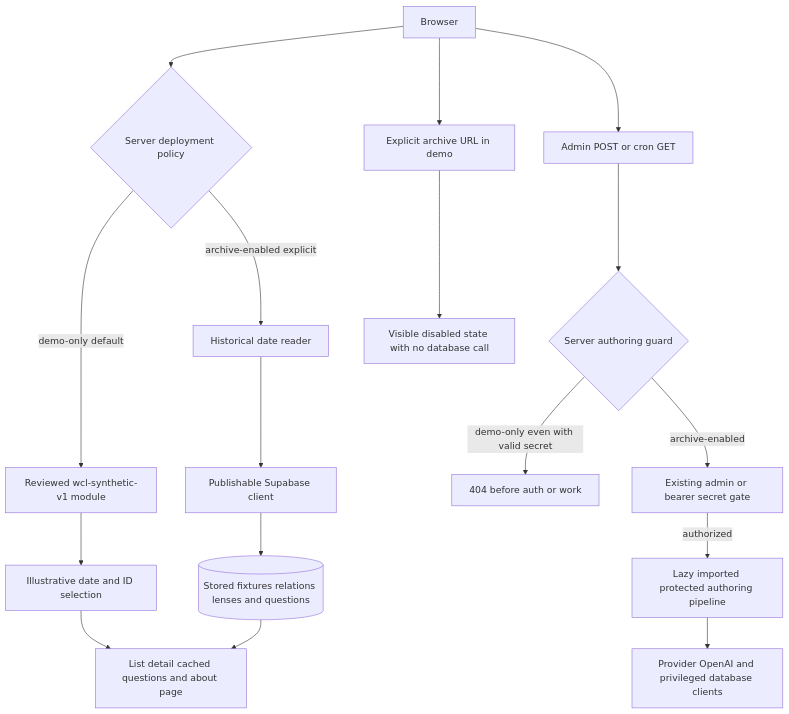
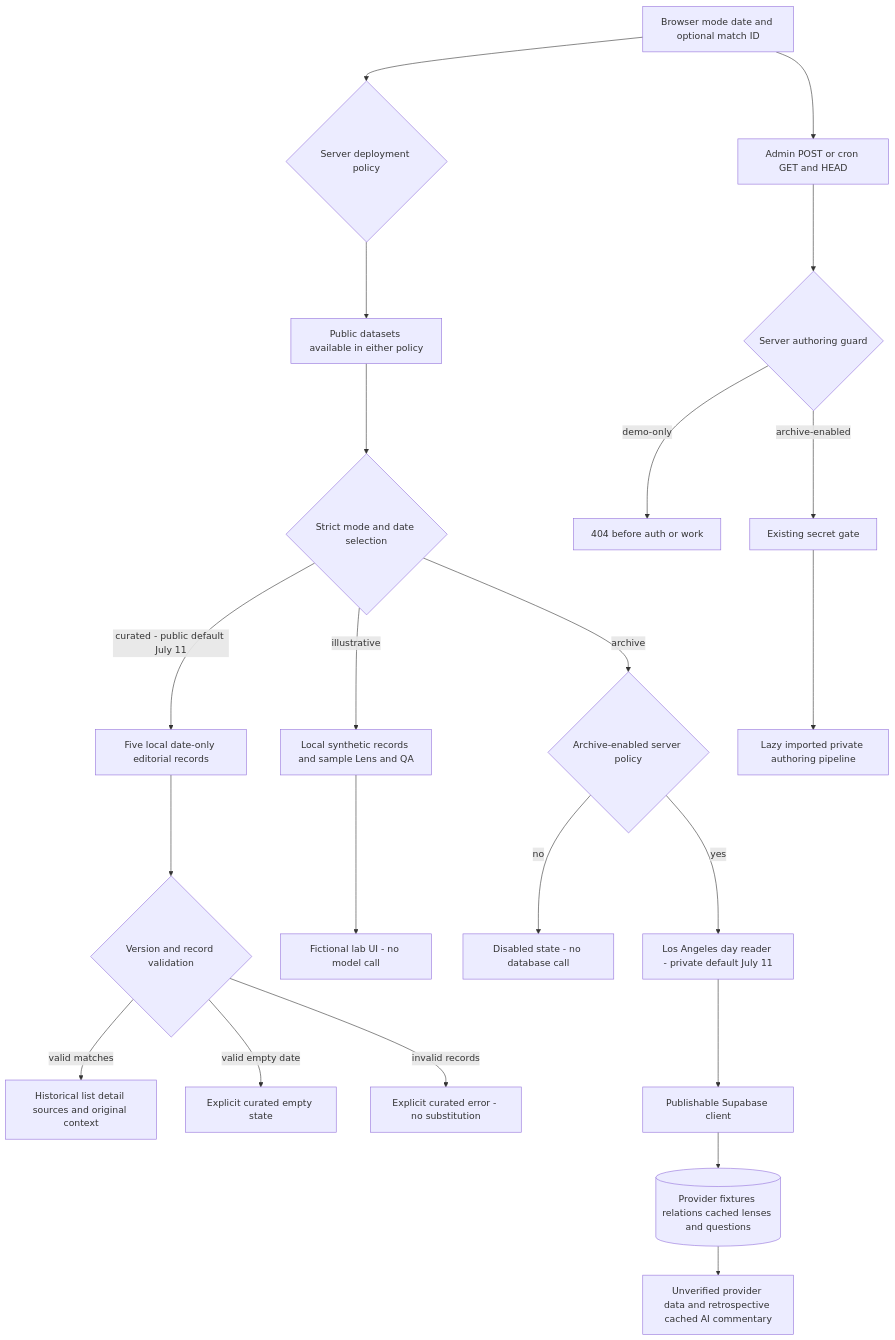
Before and after one commit to jeffreymutethia/world-cup-lens: the first of 2 diagrams in docs/architecture.md, drawn with Mermaid. The commit also changed other lines of this file and 28 other files, not shown here.

Commit message:
Feature five curated World Cup results in public replay

````diff
--- a/docs/architecture.md
+++ b/docs/architecture.md
@@ -9,19 +9,24 @@
 ```mermaid
 flowchart TD
-  Browser[Browser] --> Policy{Server deployment policy}
-  Policy -->|demo-only default| Demo[Reviewed wcl-synthetic-v1 module]
-  Demo --> Selection[Illustrative date and ID selection]
-  Selection --> UI[List detail cached questions and about page]
-  Policy -->|archive-enabled explicit| Archive[Historical date reader]
-  Archive --> PublicClient[Publishable Supabase client]
-  PublicClient --> DB[(Stored fixtures relations lenses and questions)]
-  DB --> UI
-  Browser --> Attempt[Admin POST or cron GET]
-  Attempt --> Guard{Server authoring guard}
-  Guard -->|demo-only even with valid secret| Denied[404 before auth or work]
-  Guard -->|archive-enabled| Auth[Existing admin or bearer secret gate]
-  Auth -->|authorized| Pipeline[Lazy imported protected authoring pipeline]
-  Pipeline --> Services[Provider OpenAI and privileged database clients]
-  Browser --> ArchiveAttempt[Explicit archive URL in demo]
-  ArchiveAttempt --> Disabled[Visible disabled state with no database call]
+  Browser[Browser mode date and optional match ID] --> Policy{Server deployment policy}
+  Policy --> Public[Public datasets available in either policy]
+  Public --> Select{Strict mode and date selection}
+  Select -->|curated - public default July 11| Curated[Five local date-only editorial records]
+  Curated --> Validate{Version and record validation}
+  Validate -->|valid matches| History[Historical list detail sources and original context]
+  Validate -->|valid empty date| Empty[Explicit curated empty state]
+  Validate -->|invalid records| Error[Explicit curated error - no substitution]
+  Select -->|illustrative| Fiction[Local synthetic records and sample Lens and QA]
+  Fiction --> Lab[Fictional lab UI - no model call]
+  Select -->|archive| ArchiveGuard{Archive-enabled server policy}
+  ArchiveGuard -->|no| Disabled[Disabled state - no database call]
+  ArchiveGuard -->|yes| Archive[Los Angeles day reader - private default July 11]
+  Archive --> Client[Publishable Supabase client]
+  Client --> DB[(Provider fixtures relations cached lenses and questions)]
+  DB --> ArchiveUI[Unverified provider data and retrospective cached AI commentary]
+  Browser --> Author[Admin POST or cron GET and HEAD]
+  Author --> Guard{Server authoring guard}
+  Guard -->|demo-only| Denied[404 before auth or work]
+  Guard -->|archive-enabled| Auth[Existing secret gate]
+  Auth --> Pipeline[Lazy imported private authoring pipeline]
 ```
````
